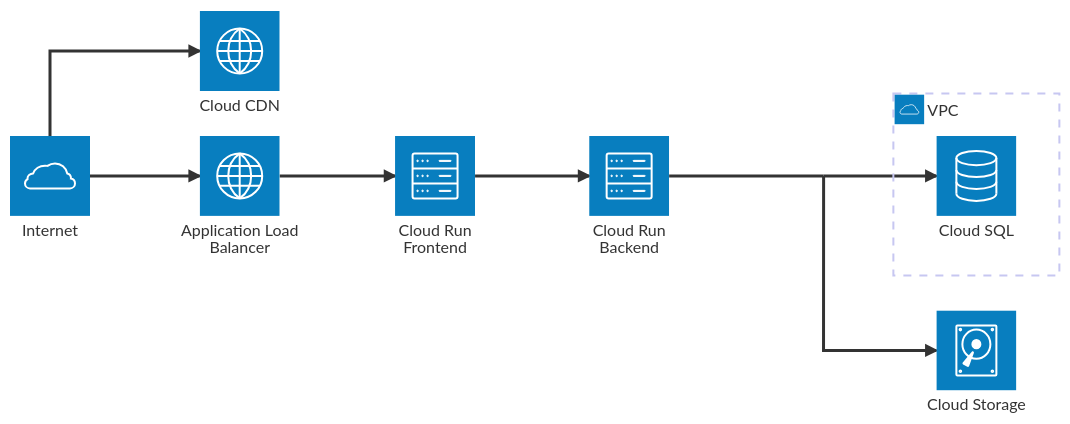
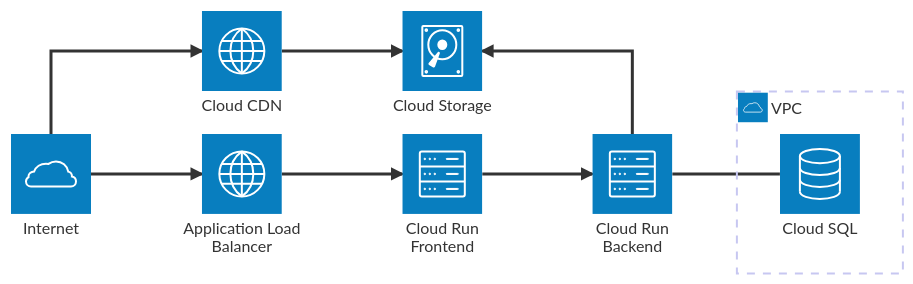
Before and after one commit to gtaiyou24/saas-dashboard-boilerplate: the third of 3 diagrams in doc/SYSTEM_ARCHITECTURE.md, drawn with Mermaid.

Commit message:
doc: doc/SYSTEM_ARCHITECTURE.md

````diff
--- a/doc/SYSTEM_ARCHITECTURE.md
+++ b/doc/SYSTEM_ARCHITECTURE.md
@@ -65,24 +65,23 @@
 ```mermaid
 architecture-beta
     group vpc(cloud)[VPC]
 
     service internet(cloud)[Internet]
     service alb(internet)[Application Load Balancer]
     service frontend(server)[Cloud Run Frontend]
     service backend(server)[Cloud Run Backend]
     service db(database)[Cloud SQL] in vpc
     service cdn(internet)[Cloud CDN]
     service storage(disk)[Cloud Storage]
-    
-    junction from_backend
 
     internet:T --> L:cdn
     internet:R --> L:alb
     
+    cdn:R --> L:storage
+    
     alb:R --> L:frontend
     frontend:R --> L:backend
 
-    backend:R -- L:from_backend
-    from_backend:R --> L:db
-    from_backend:B --> L:storage
+    backend:R -- L:db
+    backend:T --> R:storage
 ```
````
